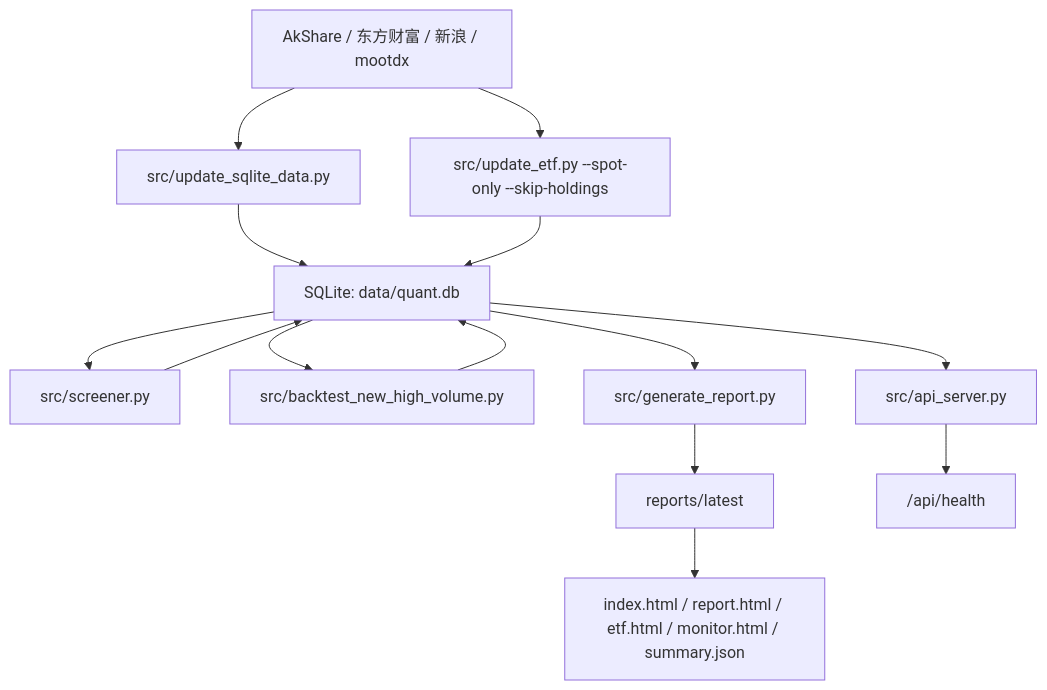
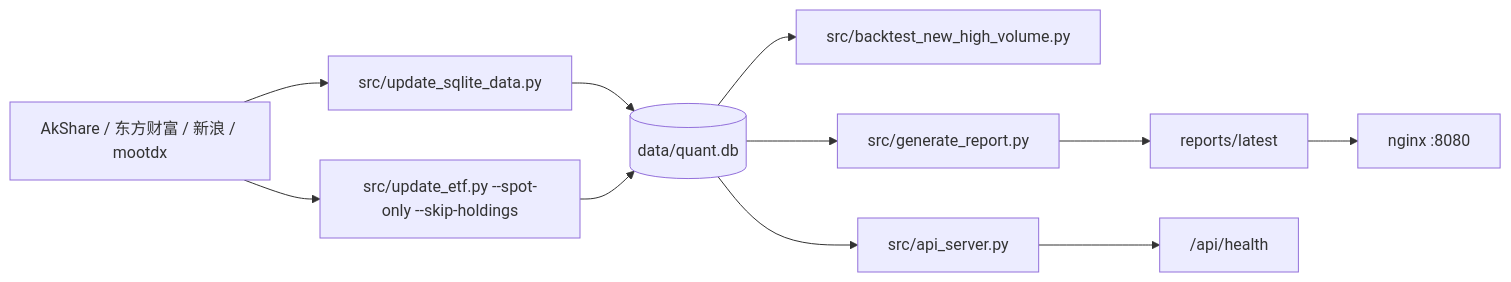
Before and after one commit to risingwen/ashare-quant: the diagram in docs/ARCHITECTURE.md, drawn with Mermaid. The commit also changed other lines of this file and 94 other files, not shown here.

````diff
--- a/docs/ARCHITECTURE.md
+++ b/docs/ARCHITECTURE.md
@@ -364,16 +7,13 @@
 ```mermaid
-flowchart TD
+flowchart LR
     Sources["AkShare / 东方财富 / 新浪 / mootdx"] --> Update["src/update_sqlite_data.py"]
     Sources --> ETF["src/update_etf.py --spot-only --skip-holdings"]
-    Update --> DB["SQLite: data/quant.db"]
+    Update --> DB[("data/quant.db")]
     ETF --> DB
-    DB --> Screener["src/screener.py"]
     DB --> Backtest["src/backtest_new_high_volume.py"]
     DB --> Report["src/generate_report.py"]
-    Screener --> DB
-    Backtest --> DB
+    DB --> API["src/api_server.py"]
     Report --> Latest["reports/latest"]
-    Latest --> Pages["index.html / report.html / etf.html / monitor.html / summary.json"]
-    DB --> API["src/api_server.py"]
+    Latest --> Nginx["nginx :8080"]
     API --> Health["/api/health"]
 ```
````
